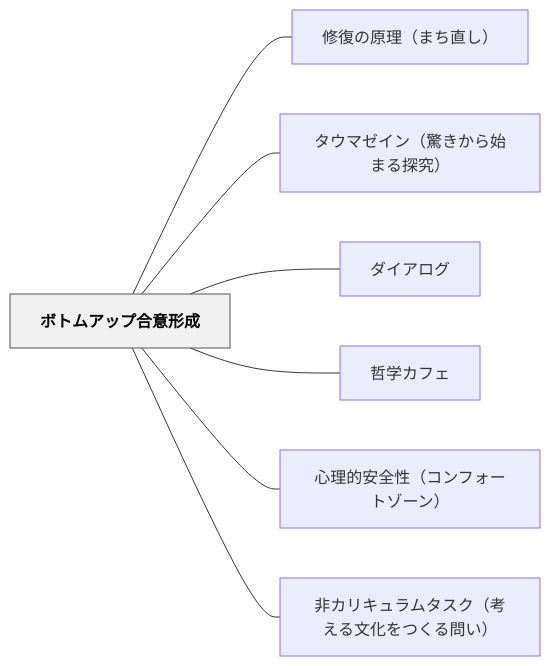
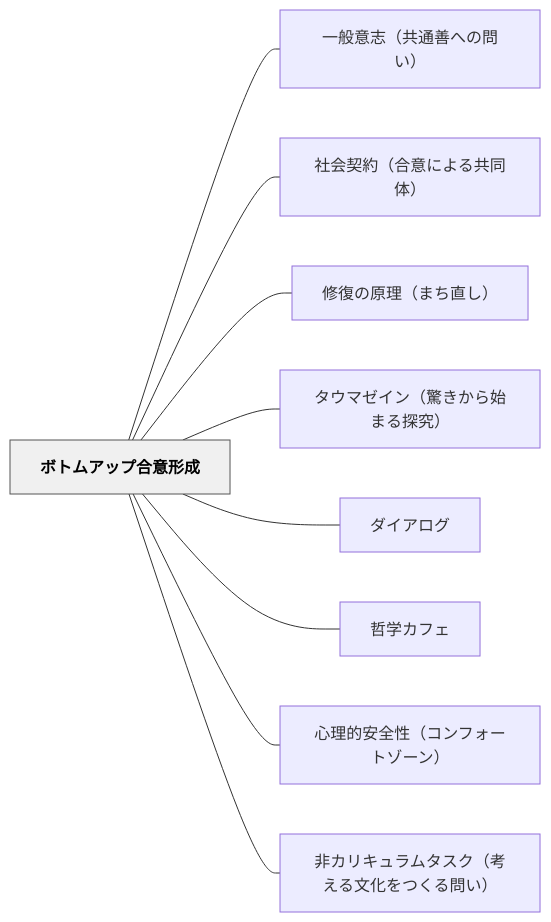
One commit to unknownthings-ed-patterns/unknownthings-ed-patterns changed the diagram in content/パタン/ボトムアップ合意形成.md. Above: the diagram before and after it, drawn with Mermaid. The commit also changed other lines of this file and 185 other files, not shown here.

````diff
--- a/content/パタン/ボトムアップ合意形成.md
+++ b/content/パタン/ボトムアップ合意形成.md
@@ -153,20 +155,24 @@
 ```mermaid
 flowchart LR
     ne3839ce38388e383a0e382a2e38383e38397e59088e6848fe5bda2e68890["ボトムアップ合意形成"]
+    ne4b880e888ace6848fe5bf97efbc88e585b1e9809ae59684e381b8e381aee5958fe38184efbc89["一般意志（共通善への問い）"]
+    ne7a4bee4bc9ae5a591e7b484efbc88e59088e6848fe381abe38288e3828be585b1e5908ce4bd93efbc89["社会契約（合意による共同体）"]
     ne4bfaee5bea9e381aee58e9fe79086efbc88e381bee381a1e79bb4e38197efbc89["修復の原理（まち直し）"]
     ne382bfe382a6e3839ee382bce382a4e383b3efbc88e9a99ae3818de3818be38289e5a78be381bee3828be68ea2e7a9b6efbc89["タウマゼイン（驚きから始まる探究）"]
     ne38380e382a4e382a2e383ade382b0["ダイアログ"]
     ne593b2e5ada6e382abe38395e382a7["哲学カフェ"]
     ne5bf83e79086e79a84e5ae89e585a8e680a7efbc88e382b3e383b3e38395e382a9e383bce38388e382bee383bce383b3efbc89["心理的安全性（コンフォートゾーン）"]
     ne99d9ee382abe383aae382ade383a5e383a9e383a0e382bfe382b9e382afefbc88e88083e38188e3828be69687e58c96e38292e381a4e3818fe3828be5958fe38184efbc89["非カリキュラムタスク（考える文化をつくる問い）"]
 
+    ne3839ce38388e383a0e382a2e38383e38397e59088e6848fe5bda2e68890 --- ne4b880e888ace6848fe5bf97efbc88e585b1e9809ae59684e381b8e381aee5958fe38184efbc89
+    ne3839ce38388e383a0e382a2e38383e38397e59088e6848fe5bda2e68890 --- ne7a4bee4bc9ae5a591e7b484efbc88e59088e6848fe381abe38288e3828be585b1e5908ce4bd93efbc89
     ne3839ce38388e383a0e382a2e38383e38397e59088e6848fe5bda2e68890 --- ne4bfaee5bea9e381aee58e9fe79086efbc88e381bee381a1e79bb4e38197efbc89
     ne3839ce38388e383a0e382a2e38383e38397e59088e6848fe5bda2e68890 --- ne382bfe382a6e3839ee382bce382a4e383b3efbc88e9a99ae3818de3818be38289e5a78be381bee3828be68ea2e7a9b6efbc89
     ne3839ce38388e383a0e382a2e38383e38397e59088e6848fe5bda2e68890 --- ne38380e382a4e382a2e383ade382b0
     ne3839ce38388e383a0e382a2e38383e38397e59088e6848fe5bda2e68890 --- ne593b2e5ada6e382abe38395e382a7
     ne3839ce38388e383a0e382a2e38383e38397e59088e6848fe5bda2e68890 --- ne5bf83e79086e79a84e5ae89e585a8e680a7efbc88e382b3e383b3e38395e382a9e383bce38388e382bee383bce383b3efbc89
     ne3839ce38388e383a0e382a2e38383e38397e59088e6848fe5bda2e68890 --- ne99d9ee382abe383aae382ade383a5e383a9e383a0e382bfe382b9e382afefbc88e88083e38188e3828be69687e58c96e38292e381a4e3818fe3828be5958fe38184efbc89
 
     classDef hub fill:#f0f0f0,stroke:#555,color:#000,font-weight:bold
     class ne3839ce38388e383a0e382a2e38383e38397e59088e6848fe5bda2e68890 hub
 ```
````
